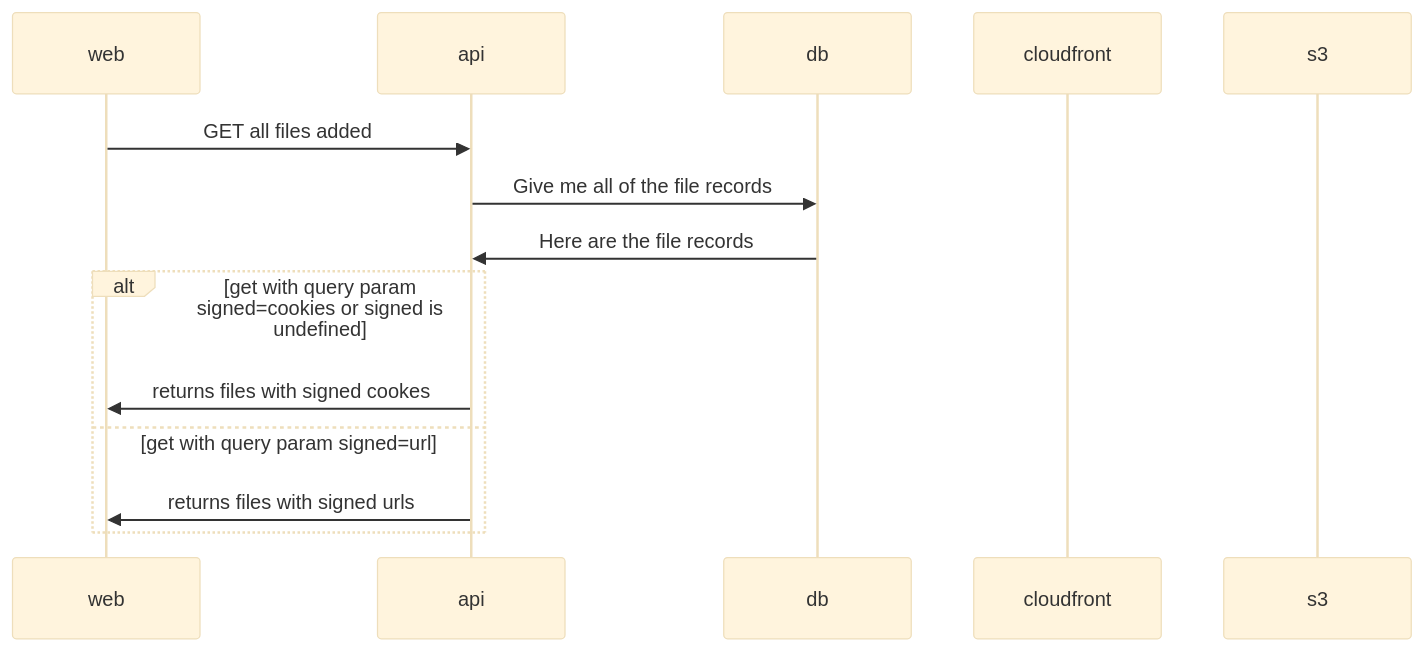
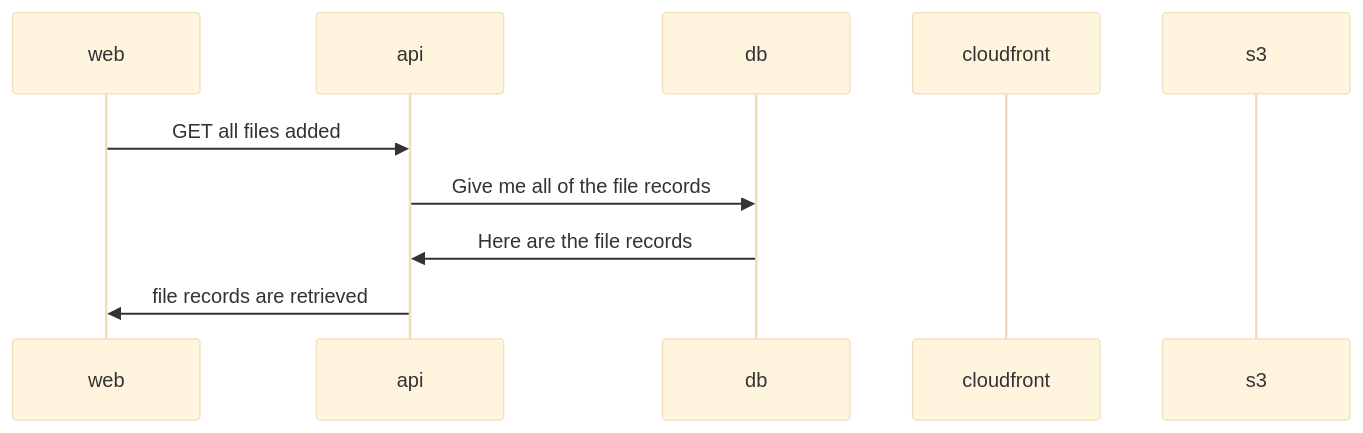
One commit to MorpheusNephew/cloudfront-signed-files changed the second of 2 diagrams in README.md. Above: the diagram before and after it, drawn with Mermaid (base theme). The commit also changed other lines of this file, not shown here.

````diff
--- a/README.md
+++ b/README.md
@@ -34,19 +43,15 @@
 ```mermaid
 
 sequenceDiagram
     participant web
     participant api
     participant db
     participant cf as cloudfront
     participant s3
 
     web->>api: GET all files added
     api->>db: Give me all of the file records
     db->>api: Here are the file records
-    alt get with query param signed=cookies or signed is undefined
-        api->>web: returns files with signed cookes
-    else get with query param signed=url
-        api->>web: returns files with signed urls
-    end
+    api->>web: file records are retrieved
 
 ```
````
